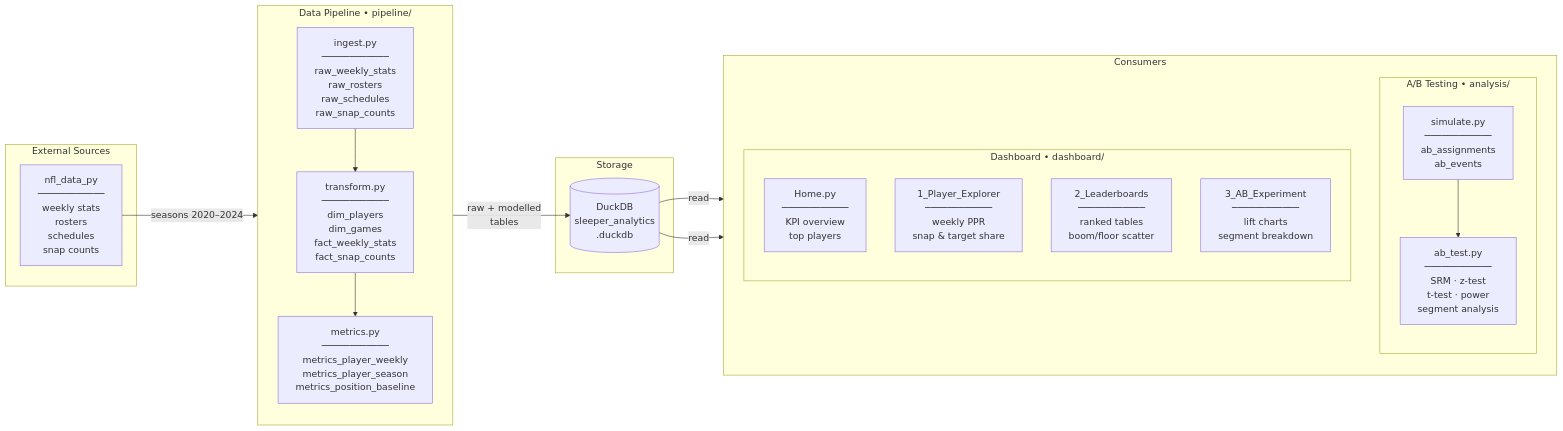
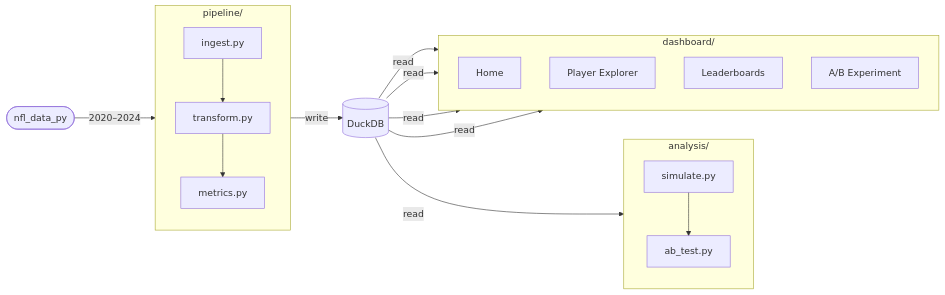
One commit to aksh-ay06/analytics changed the diagram in ARCHITECTURE.md. Above: the diagram before and after it, drawn with Mermaid.

Commit message:
docs: simplify architecture diagram — remove node text clutter

````diff
--- a/ARCHITECTURE.md
+++ b/ARCHITECTURE.md
@@ -3,40 +3,37 @@
 ```mermaid
 flowchart LR
-    subgraph Sources["External Sources"]
-        NFL["nfl_data_py\n────────────\nweekly stats\nrosters\nschedules\nsnap counts"]
-    end
+    NFL(["nfl_data_py"])
 
-    subgraph Pipeline["Data Pipeline  •  pipeline/"]
+    subgraph Pipeline["pipeline/"]
         direction TB
-        ING["ingest.py\n────────────\nraw_weekly_stats\nraw_rosters\nraw_schedules\nraw_snap_counts"]
-        TRF["transform.py\n────────────\ndim_players\ndim_games\nfact_weekly_stats\nfact_snap_counts"]
-        MET["metrics.py\n────────────\nmetrics_player_weekly\nmetrics_player_season\nmetrics_position_baseline"]
+        ING["ingest.py"]
+        TRF["transform.py"]
+        MET["metrics.py"]
         ING --> TRF --> MET
     end
 
-    subgraph Store["Storage"]
-        DB[("DuckDB\nsleeper_analytics\n.duckdb")]
+    DB[("DuckDB")]
+
+    subgraph Analysis["analysis/"]
+        direction TB
+        SIM["simulate.py"]
+        ABT["ab_test.py"]
+        SIM --> ABT
     end
 
-    subgraph Consumers["Consumers"]
+    subgraph Dashboard["dashboard/"]
         direction TB
-        subgraph Experiment["A/B Testing  •  analysis/"]
-            direction TB
-            SIM["simulate.py\n────────────\nab_assignments\nab_events"]
-            ABT["ab_test.py\n────────────\nSRM · z-test\nt-test · power\nsegment analysis"]
-            SIM --> ABT
-        end
-        subgraph Dashboard["Dashboard  •  dashboard/"]
-            direction TB
-            HOME["Home.py\n────────────\nKPI overview\ntop players"]
-            PE["1_Player_Explorer\n────────────\nweekly PPR\nsnap & target share"]
-            LB["2_Leaderboards\n────────────\nranked tables\nboom/floor scatter"]
-            AB["3_AB_Experiment\n────────────\nlift charts\nsegment breakdown"]
-        end
+        HOME["Home"]
+        PE["Player Explorer"]
+        LB["Leaderboards"]
+        AB["A/B Experiment"]
     end
 
-    NFL -->|"seasons 2020–2024"| Pipeline
-    Pipeline -->|"raw + modelled\ntables"| DB
-    DB -->|"read"| Experiment
-    DB -->|"read"| Dashboard
+    NFL -->|"2020–2024"| ING
+    MET -->|"write"| DB
+    DB  -->|"read"| SIM
+    DB  -->|"read"| HOME
+    DB  -->|"read"| PE
+    DB  -->|"read"| LB
+    DB  -->|"read"| AB
 ```
````
